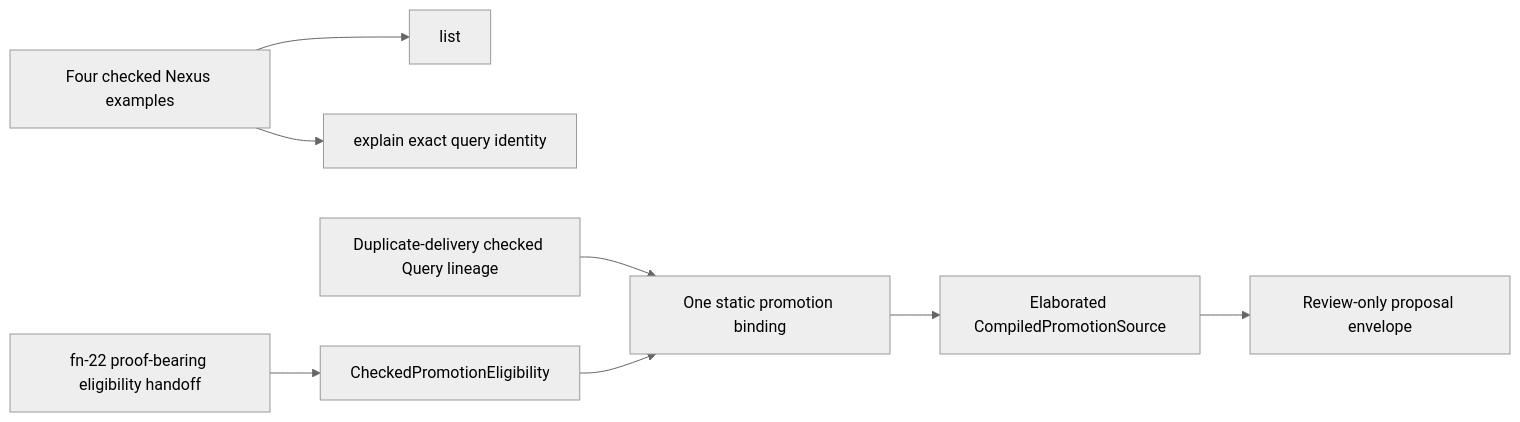
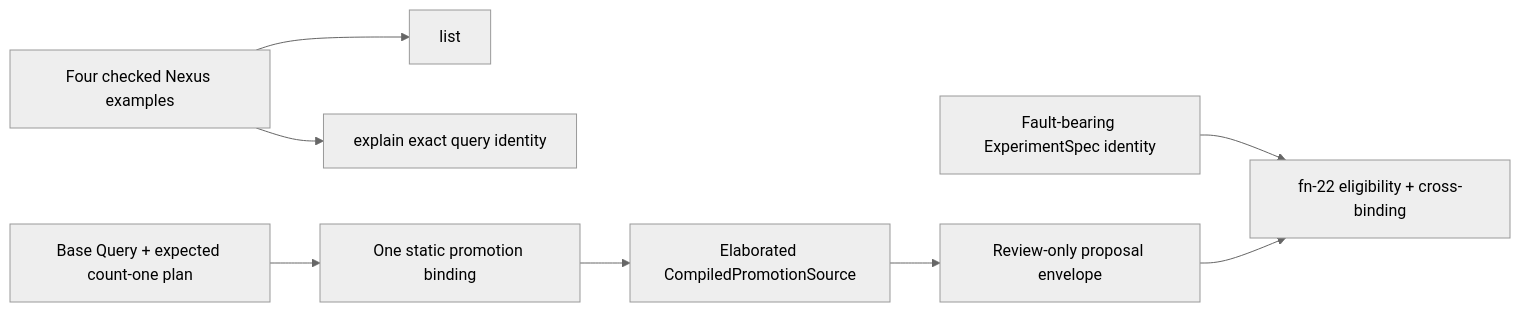
Before and after one commit to stephanos/temporal: the diagram in .flow/specs/fn-5-umpire-discovery-promotion-and-artifact.md, drawn with Mermaid (neutral theme). The commit also changed other lines of this file and 12 other files, not shown here.

First line of the commit message:
fix(flow): align fn5 promotion contracts

````diff
--- a/.flow/specs/fn-5-umpire-discovery-promotion-and-artifact.md
+++ b/.flow/specs/fn-5-umpire-discovery-promotion-and-artifact.md
@@ -66,10 +65,10 @@
 ```mermaid
 flowchart LR
   N[Four checked Nexus examples] --> L[list]
   N --> E[explain exact query identity]
-  D[Duplicate-delivery checked Query lineage] --> B[One static promotion binding]
+  Q[Base Query + expected count-one plan] --> B[One static promotion binding]
+  D[Fault-bearing ExperimentSpec identity] --> F[fn-22 eligibility + cross-binding]
   B --> C[Elaborated CompiledPromotionSource]
   C --> P[Review-only proposal envelope]
-  F[fn-22 proof-bearing eligibility handoff] --> H[CheckedPromotionEligibility]
-  H --> B
+  P --> F
 ```
````
